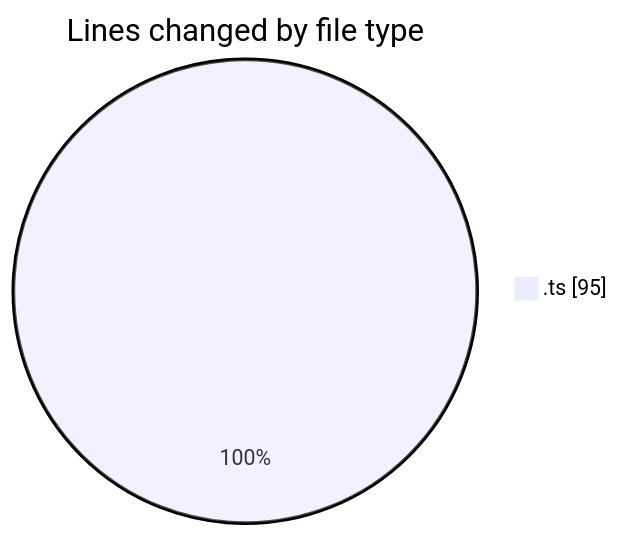
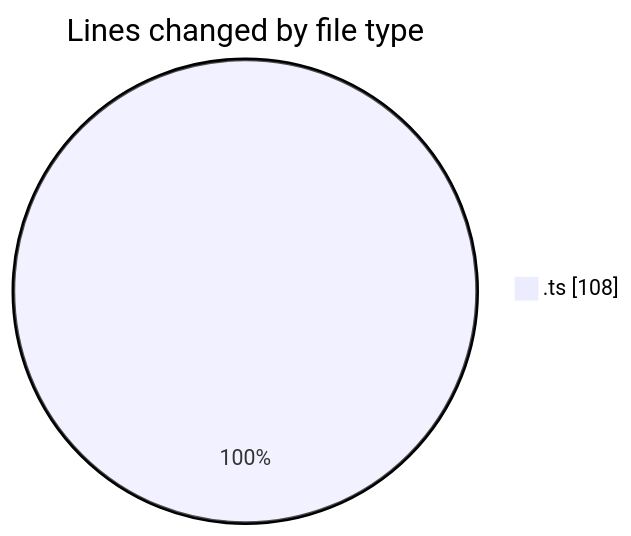
Before and after one commit to igalym/code-tracking: the first of 2 diagrams in 2026-03-31/cinema/README.md, drawn with Mermaid. The commit also changed other lines of this file and 1 other file, not shown here.

````diff
--- a/2026-03-31/cinema/README.md
+++ b/2026-03-31/cinema/README.md
@@ -25,5 +26,5 @@
 ```mermaid
 pie showData
 title Lines changed by file type
-".ts" : 95
+".ts" : 108
 ```
````
